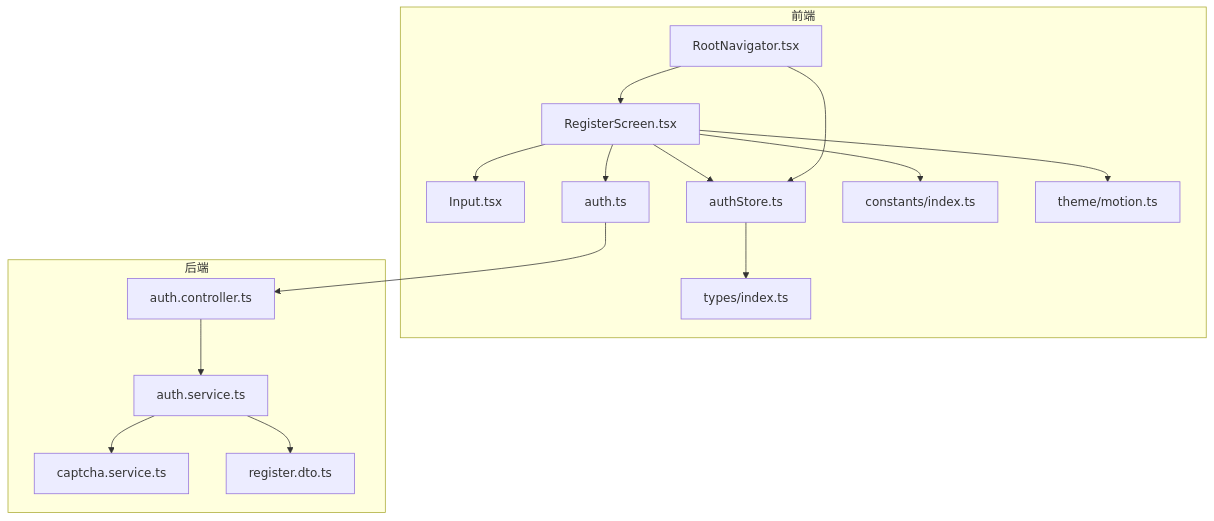
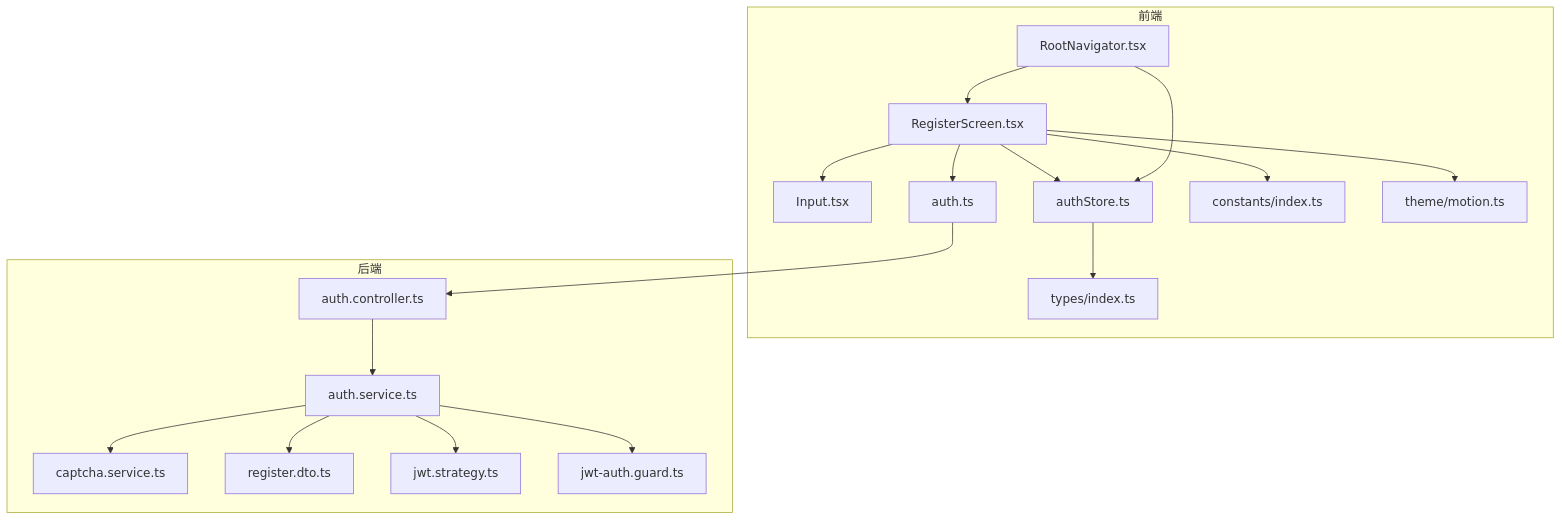
Before and after one commit to lsqwawa/free-dress: the first of 6 diagrams in .qoder/repowiki/zh/content/前端开发指南/页面架构/认证页面/注册页面.md, drawn with Mermaid. The commit also changed other lines of this file and 55 other files, not shown here.

````diff
--- a/.qoder/repowiki/zh/content/前端开发指南/页面架构/认证页面/注册页面.md
+++ b/.qoder/repowiki/zh/content/前端开发指南/页面架构/认证页面/注册页面.md
@@ -49,31 +54,35 @@
 ```mermaid
 graph TB
 subgraph "前端"
 RS["RegisterScreen.tsx"]
 INP["Input.tsx"]
 API["auth.ts"]
 STORE["authStore.ts"]
 TYPES["types/index.ts"]
 CONST["constants/index.ts"]
 MOTION["theme/motion.ts"]
 NAV["RootNavigator.tsx"]
 end
 subgraph "后端"
 CTRL["auth.controller.ts"]
 SVC["auth.service.ts"]
 CAPTCHA["captcha.service.ts"]
 DTO["register.dto.ts"]
+JWT["jwt.strategy.ts"]
+GUARD["jwt-auth.guard.ts"]
 end
 RS --> INP
 RS --> API
 RS --> STORE
 RS --> CONST
 RS --> MOTION
 API --> CTRL
 CTRL --> SVC
 SVC --> CAPTCHA
 SVC --> DTO
+SVC --> JWT
+SVC --> GUARD
 NAV --> RS
 NAV --> STORE
 STORE --> TYPES
 ```
````
